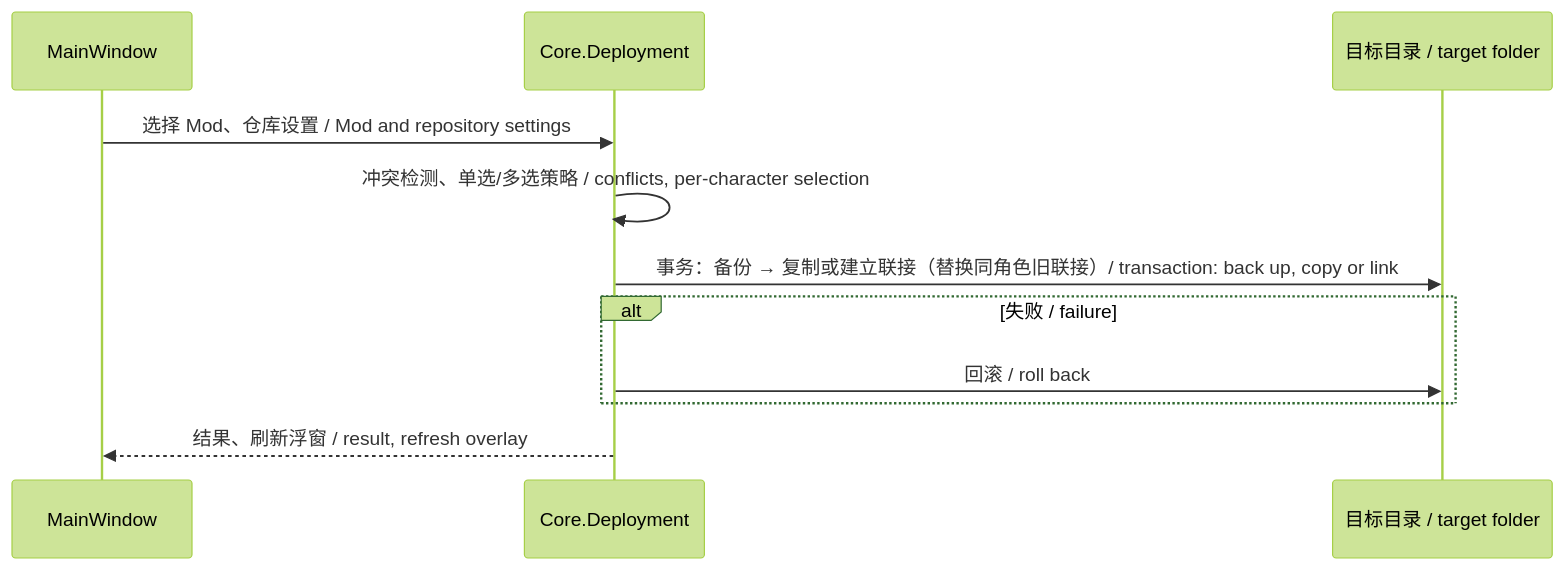
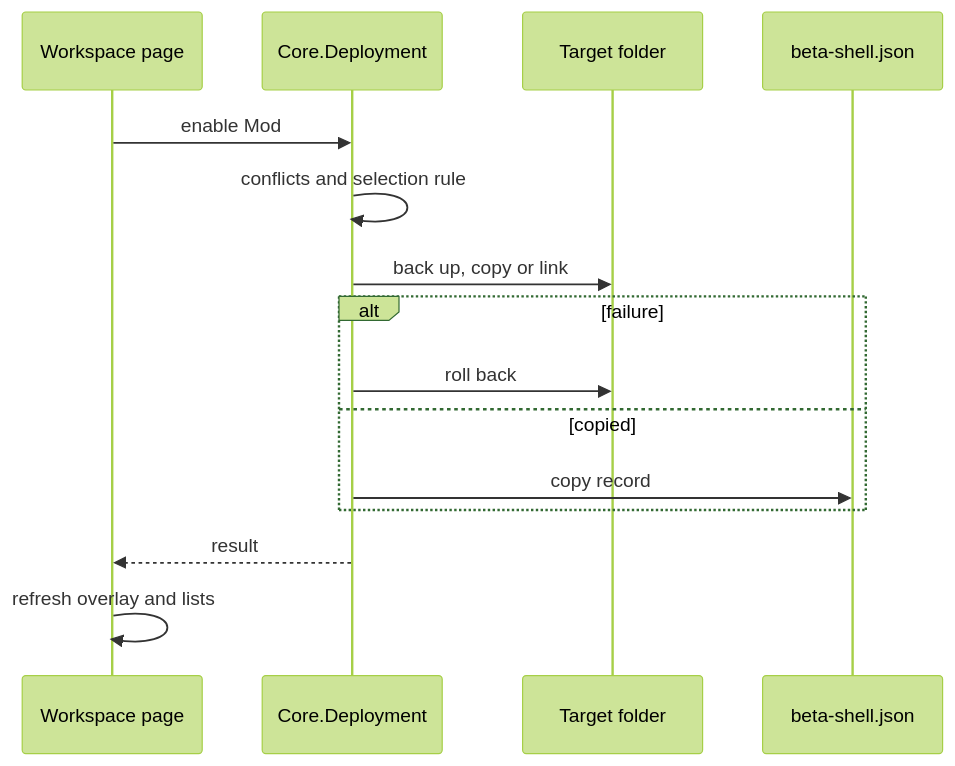
Before and after one commit to uyujkk/Integrated_Mod_Manager: the tenth of 15 diagrams in docs/development/Software-Structure.md, drawn with Mermaid (forest theme). The commit also changed other lines of this file and 5 other files, not shown here.

Commit message:
Bring the software structure docs up to date, with diagrams that fit on GitHub (#137)

````diff
--- a/docs/development/Software-Structure.md
+++ b/docs/development/Software-Structure.md
@@ -215,13 +453,17 @@
 ```mermaid
 sequenceDiagram
-  participant UI as MainWindow
+  participant W as Workspace page
   participant D as Core.Deployment
-  participant FS as 目标目录 / target folder
-  UI->>D: 选择 Mod、仓库设置 / Mod and repository settings
-  D->>D: 冲突检测、单选/多选策略 / conflicts, per-character selection
-  D->>FS: 事务：备份 → 复制或建立联接（替换同角色旧联接）/ transaction: back up, copy or link
-  alt 失败 / failure
-    D->>FS: 回滚 / roll back
+  participant T as Target folder
+  participant S as beta-shell.json
+  W->>D: enable Mod
+  D->>D: conflicts and selection rule
+  D->>T: back up, copy or link
+  alt failure
+    D->>T: roll back
+  else copied
+    D->>S: copy record
   end
-  D-->>UI: 结果、刷新浮窗 / result, refresh overlay
+  D-->>W: result
+  W->>W: refresh overlay and lists
 ```
````
